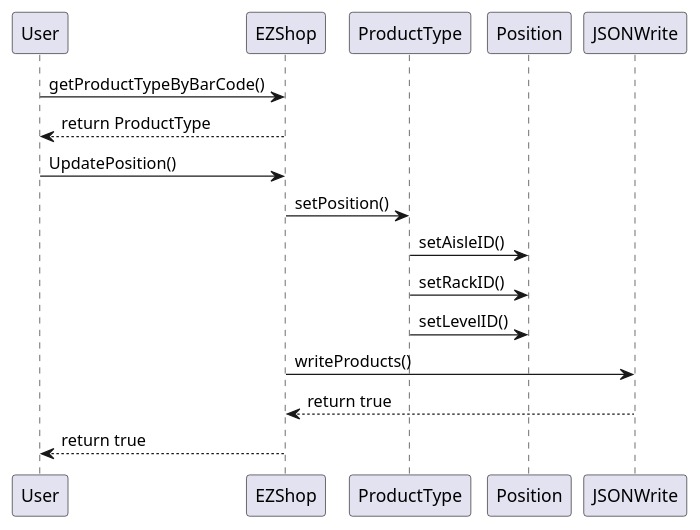
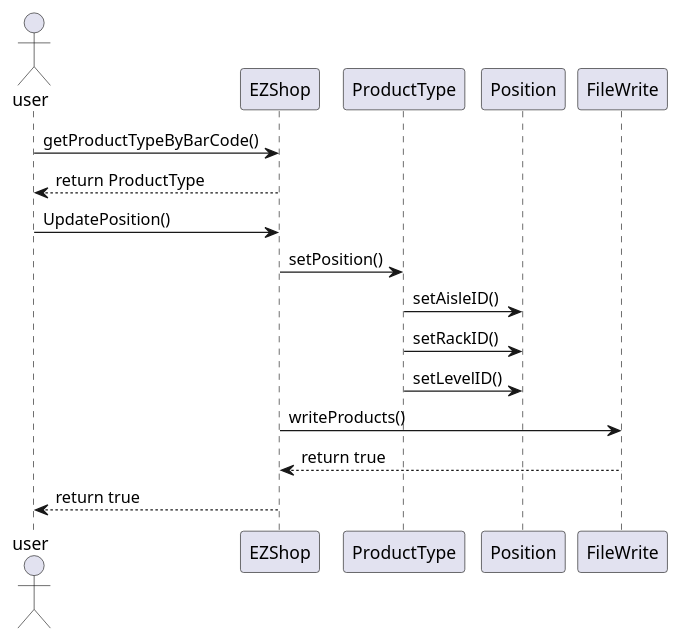
One commit to giuseppesalvi/ezshop changed the fourth of 28 diagrams in Deliverables/DesignDocument.md. Above: the diagram before and after it, drawn with PlantUML. The commit also changed other lines of this file, not shown here.

Commit message:
Update DesignDocument.md: sequence diagram, class diagram, package diagram

````diff
--- a/Deliverables/DesignDocument.md
+++ b/Deliverables/DesignDocument.md
@@ -289,19 +294,19 @@
 ```plantuml
 @startuml
-participant User
+actor user
 participant EZShop
 participant ProductType
 participant Position
-participant JSONWrite
-User -> EZShop : getProductTypeByBarCode()
-User <-- EZShop : return ProductType
-User -> EZShop : UpdatePosition()
+participant FileWrite
+user -> EZShop : getProductTypeByBarCode()
+user <-- EZShop : return ProductType
+user -> EZShop : UpdatePosition()
 EZShop -> ProductType : setPosition()
 ProductType -> Position : setAisleID()
 ProductType -> Position : setRackID()
 ProductType -> Position : setLevelID()
-EZShop -> JSONWrite : writeProducts()
-EZShop <-- JSONWrite : return true
-User <-- EZShop : return true
+EZShop -> FileWrite : writeProducts()
+EZShop <-- FileWrite : return true
+user <-- EZShop : return true
 @enduml
 ```
````
